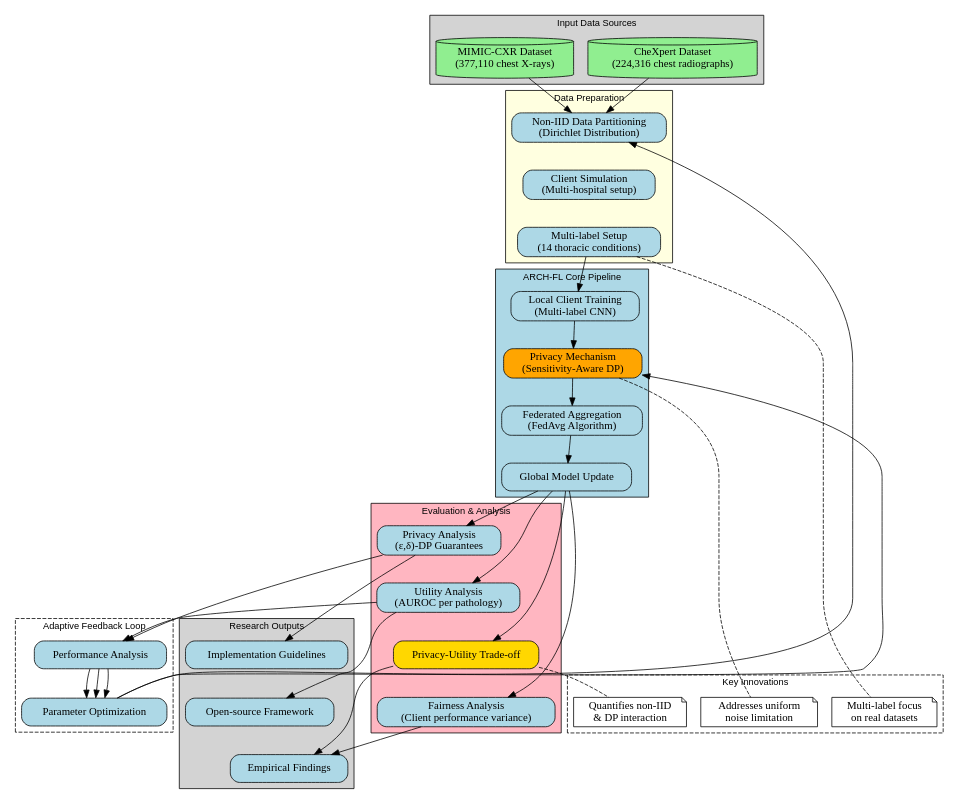
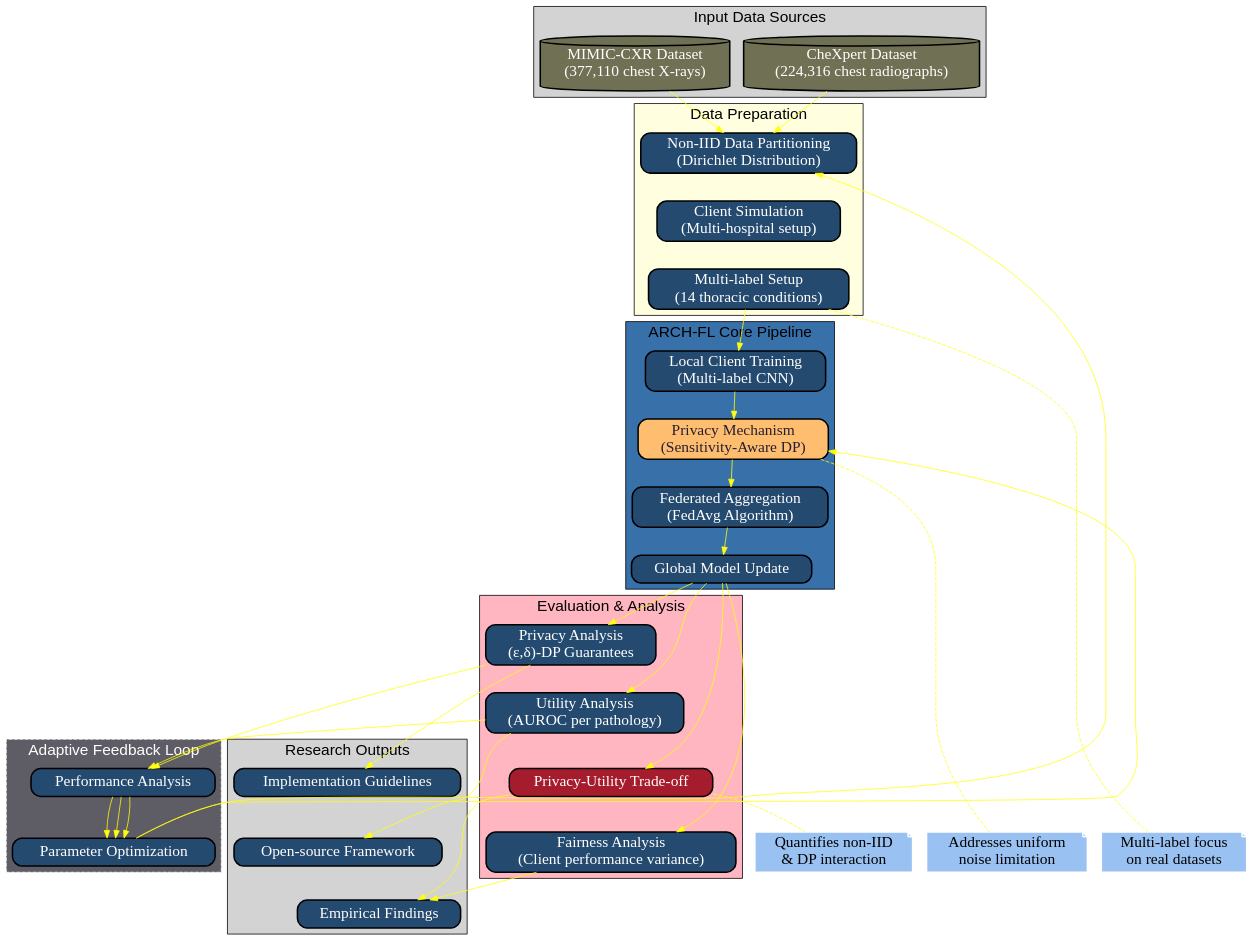
One commit to skye-cyber/ARCH-FL changed the diagram in assets/diagrams/Conceptual_Framework.dot. Above: the diagram before and after it, drawn with Graphviz. The commit also changed 16 other files, not shown here.

```diff
--- a/assets/diagrams/Conceptual_Framework.dot
+++ b/assets/diagrams/Conceptual_Framework.dot
@@ -1,122 +1,128 @@
 digraph ConceptualFramework {
     rankdir=TB;
-    node [shape=box, style="rounded,filled", fillcolor="lightblue"];
-    graph [fontname="Arial", fontsize=12];
-    edge [fontname="Arial", fontsize=10];
+    bgcolor="transparent";
+    node [shape=box, style="rounded,filled,bold", fontsize=20, fontcolor="white",fillcolor="#254a70"];
+    graph [fontname="Arial", fontsize=20];
+    edge [fontname="Arial", color="#fffff", fontsize=10];
 
     // Input Layer
     subgraph cluster_inputs {
         label="Input Data Sources";
         style=filled;
         fillcolor="lightgrey";
+        //fontsize=14;
 
-        CheXpert [label="CheXpert Dataset\n(224,316 chest radiographs)", shape=cylinder, fillcolor="lightgreen"];
-        MIMIC_CXR [label="MIMIC-CXR Dataset\n(377,110 chest X-rays)", shape=cylinder, fillcolor="lightgreen"];
+        CheXpert [label="CheXpert Dataset\n(224,316 chest radiographs)", shape=cylinder, fillcolor="#707054"];
+        MIMIC_CXR [label="MIMIC-CXR Dataset\n(377,110 chest X-rays)", shape=cylinder, fillcolor="#707054"];
     }
 
     // Preprocessing Layer
     subgraph cluster_preprocessing {
         label="Data Preparation";
         style=filled;
         fillcolor="lightyellow";
 
         DataPartitioning [label="Non-IID Data Partitioning\n(Dirichlet Distribution)"];
         ClientSimulation [label="Client Simulation\n(Multi-hospital setup)"];
         MultiLabelSetup [label="Multi-label Setup\n(14 thoracic conditions)"];
 
         DataPartitioning -> ClientSimulation -> MultiLabelSetup [style=invis];
     }
 
     // Core ARCH-FL Pipeline
     subgraph cluster_core {
         label="ARCH-FL Core Pipeline";
         style=filled;
-        fillcolor="lightblue";
+        fillcolor="#3871aa";
 
         LocalTraining [label="Local Client Training\n(Multi-label CNN)"];
-        DPMechanism [label="Privacy Mechanism\n(Sensitivity-Aware DP)"];
+        DPMechanism [label="Privacy Mechanism\n(Sensitivity-Aware DP)", fontcolor="#241f31"];
         FedAggregation [label="Federated Aggregation\n(FedAvg Algorithm)"];
         GlobalModel [label="Global Model Update"];
 
         LocalTraining -> DPMechanism -> FedAggregation -> GlobalModel;
     }
 
     // Evaluation Layer
     subgraph cluster_evaluation {
         label="Evaluation & Analysis";
         style=filled;
         fillcolor="lightpink";
 
         PrivacyAnalysis [label="Privacy Analysis\n(ε,δ)-DP Guarantees"];
         UtilityAnalysis [label="Utility Analysis\n(AUROC per pathology)"];
         TradeoffAnalysis [label="Privacy-Utility Trade-off"];
         FairnessAnalysis [label="Fairness Analysis\n(Client performance variance)"];
 
         PrivacyAnalysis -> UtilityAnalysis -> TradeoffAnalysis -> FairnessAnalysis [style=invis];
     }
 
     // Output Layer
     subgraph cluster_outputs {
         label="Research Outputs";
         style=filled;
         fillcolor="lightgrey";
 
         Guidelines [label="Implementation Guidelines"];
         Framework [label="Open-source Framework"];
         Findings [label="Empirical Findings"];
 
         Guidelines -> Framework -> Findings [style=invis];
     }
 
     // Feedback Loop
     subgraph cluster_feedback {
         label="Adaptive Feedback Loop";
         style=dashed;
-        fillcolor="white";
+        bgcolor="#5e5c64";
+        fontcolor="white";
+        color="white";
 
         Analysis [label="Performance Analysis"];
         Optimization [label="Parameter Optimization"];
 
         Analysis -> Optimization;
     }
 
     // Data Flow Connections
     CheXpert -> DataPartitioning;
     MIMIC_CXR -> DataPartitioning;
     MultiLabelSetup -> LocalTraining;
 
     GlobalModel -> PrivacyAnalysis;
     GlobalModel -> UtilityAnalysis;
     GlobalModel -> TradeoffAnalysis;
     GlobalModel -> FairnessAnalysis;
 
     PrivacyAnalysis -> Guidelines;
     UtilityAnalysis -> Framework;
     TradeoffAnalysis -> Findings;
     FairnessAnalysis -> Findings;
 
     // Feedback connections
     UtilityAnalysis -> Analysis;
     PrivacyAnalysis -> Analysis;
     Analysis -> Optimization -> DPMechanism [constraint=false];
     Analysis -> Optimization -> DataPartitioning [constraint=false];
 
     // Styling for key components
-    DPMechanism [fillcolor="orange"];
-    TradeoffAnalysis [fillcolor="gold"];
+    DPMechanism [fillcolor="#ffbe6f"];
+    TradeoffAnalysis [fillcolor="#a51d2d"];
 
     // Annotations
     subgraph cluster_annotations {
         label="Key Innovations";
         style=dashed;
-        node [shape=note, fillcolor="white"];
+        fontcolor="white";
+        color="white";
+        node [shape=note, fontcolor="black", color="white", fillcolor="#99c1f1"];
 
         Note1 [label="Addresses uniform\nnoise limitation"];
         Note2 [label="Quantifies non-IID\n& DP interaction"];
         Note3 [label="Multi-label focus\non real datasets"];
 
         DPMechanism -> Note1 [style=dashed, dir=none];
         TradeoffAnalysis -> Note2 [style=dashed, dir=none];
         MultiLabelSetup -> Note3 [style=dashed, dir=none];
     }
 }
```
